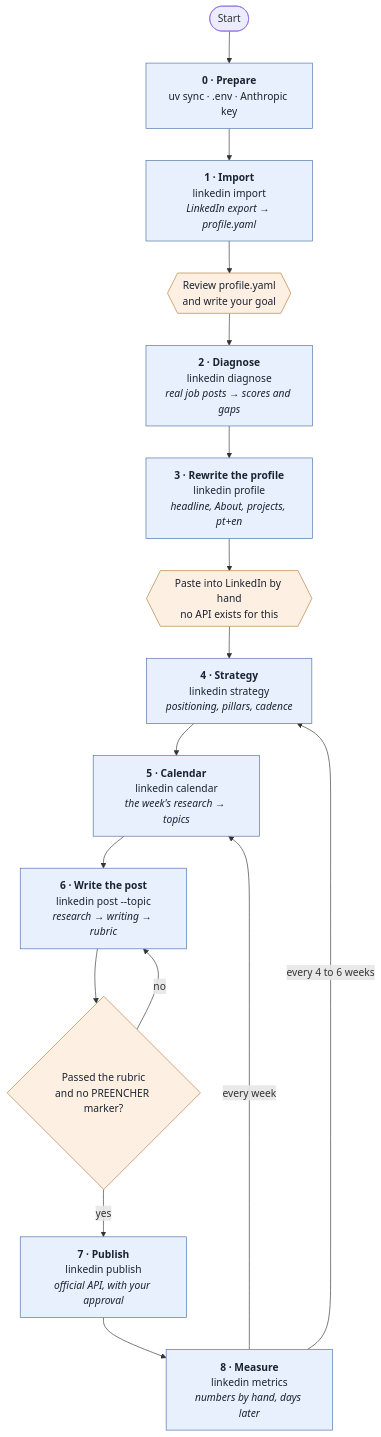
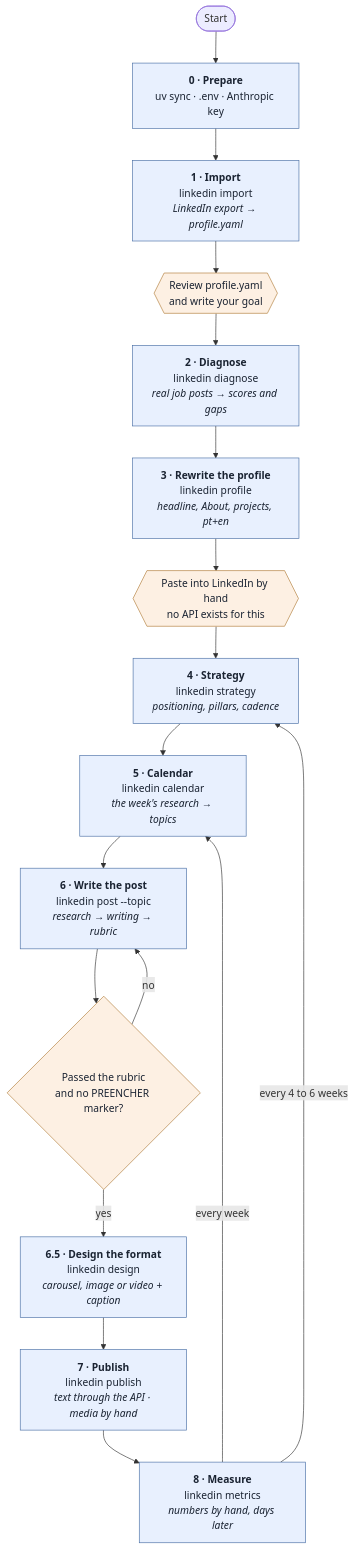
Before and after one commit to gabrantoniette/linkedin-growth-agents: the first of 4 diagrams in docs/roadmap.md, drawn with Mermaid. The commit also changed other lines of this file and 77 other files, not shown here.

````diff
--- a/docs/roadmap.md
+++ b/docs/roadmap.md
@@ -14,25 +14,26 @@
 ```mermaid
 flowchart TD
     START(["Start"]) --> F0
 
     F0["<b>0 · Prepare</b><br/>uv sync · .env · Anthropic key"]
     F0 --> F1["<b>1 · Import</b><br/>linkedin import<br/><i>LinkedIn export → profile.yaml</i>"]
     F1 --> REV{{"Review profile.yaml<br/>and write your goal"}}
     REV --> F2["<b>2 · Diagnose</b><br/>linkedin diagnose<br/><i>real job posts → scores and gaps</i>"]
     F2 --> F3["<b>3 · Rewrite the profile</b><br/>linkedin profile<br/><i>headline, About, projects, pt+en</i>"]
     F3 --> PASTE{{"Paste into LinkedIn by hand<br/>no API exists for this"}}
     PASTE --> F4["<b>4 · Strategy</b><br/>linkedin strategy<br/><i>positioning, pillars, cadence</i>"]
     F4 --> F5["<b>5 · Calendar</b><br/>linkedin calendar<br/><i>the week's research → topics</i>"]
     F5 --> F6["<b>6 · Write the post</b><br/>linkedin post --topic<br/><i>research → writing → rubric</i>"]
     F6 --> GATE{"Passed the rubric<br/>and no PREENCHER marker?"}
     GATE -->|no| F6
-    GATE -->|yes| F7["<b>7 · Publish</b><br/>linkedin publish<br/><i>official API, with your approval</i>"]
+    GATE -->|yes| F65["<b>6.5 · Design the format</b><br/>linkedin design<br/><i>carousel, image or video + caption</i>"]
+    F65 --> F7["<b>7 · Publish</b><br/>linkedin publish<br/><i>text through the API · media by hand</i>"]
     F7 --> F8["<b>8 · Measure</b><br/>linkedin metrics<br/><i>numbers by hand, days later</i>"]
     F8 -->|every 4 to 6 weeks| F4
     F8 -->|every week| F5
 
     classDef auto fill:#e8f0fe,stroke:#4a6fa5,color:#1a2332
     classDef manual fill:#fdf0e3,stroke:#b07d3a,color:#1a2332
-    class F0,F1,F2,F3,F4,F5,F6,F7,F8 auto
+    class F0,F1,F2,F3,F4,F5,F6,F65,F7,F8 auto
     class REV,PASTE,GATE manual
 ```
````
